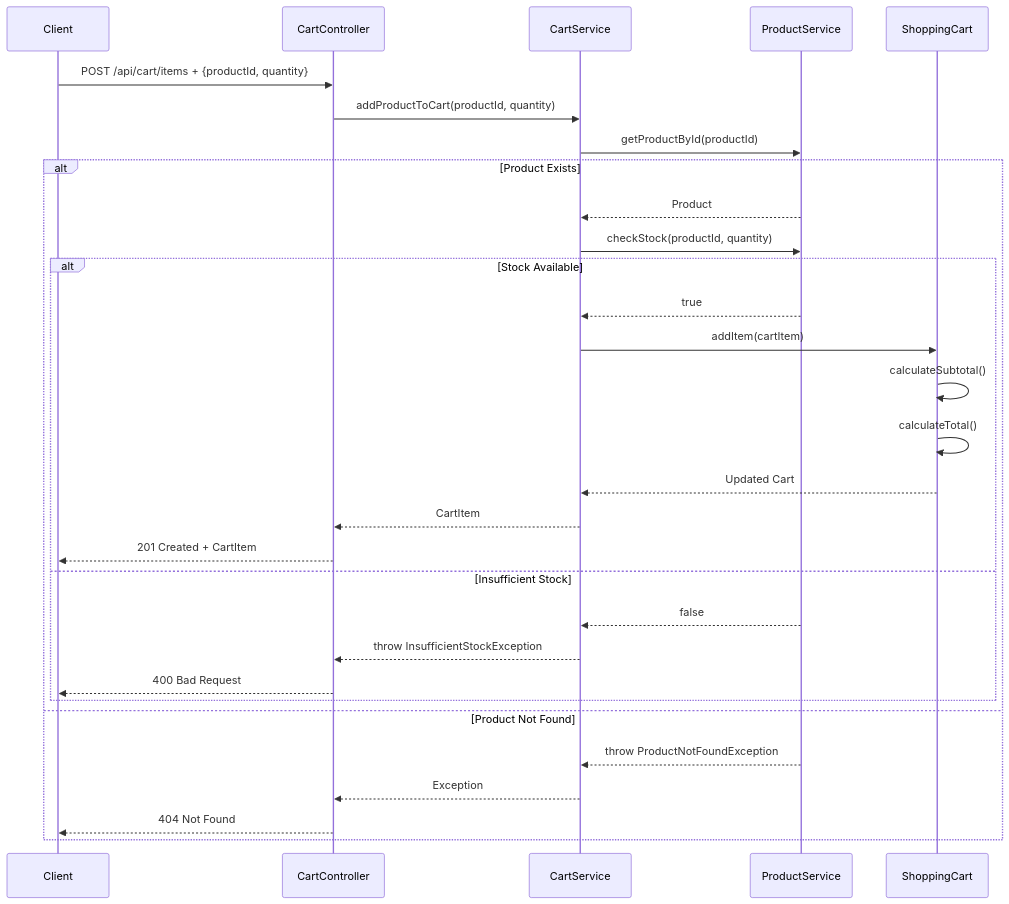
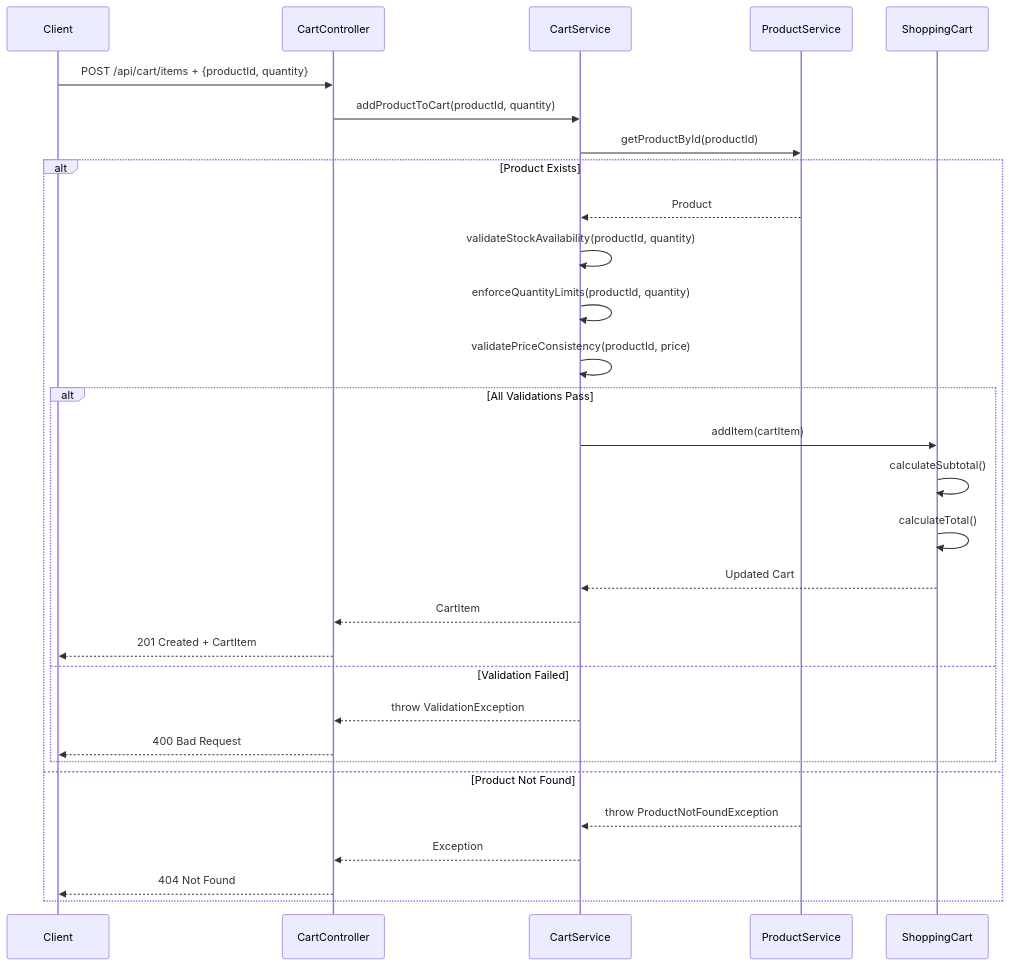
The tenth of 17 diagrams in docs/LLD/lld.md (NavneetBN47/aava-ecom-demo), drawn with Mermaid before and after one commit. The commit also changed other lines of this file, not shown here.

````diff
--- a/docs/LLD/lld.md
+++ b/docs/LLD/lld.md
@@ -452,35 +457,35 @@
 ```mermaid
 sequenceDiagram
     participant Client
     participant CartController
     participant CartService
     participant ProductService
     participant ShoppingCart
 
     Client->>CartController: POST /api/cart/items + {productId, quantity}
     CartController->>CartService: addProductToCart(productId, quantity)
     CartService->>ProductService: getProductById(productId)
     
     alt Product Exists
         ProductService-->>CartService: Product
-        CartService->>ProductService: checkStock(productId, quantity)
+        CartService->>CartService: validateStockAvailability(productId, quantity)
+        CartService->>CartService: enforceQuantityLimits(productId, quantity)
+        CartService->>CartService: validatePriceConsistency(productId, price)
         
-        alt Stock Available
-            ProductService-->>CartService: true
+        alt All Validations Pass
             CartService->>ShoppingCart: addItem(cartItem)
             ShoppingCart->>ShoppingCart: calculateSubtotal()
             ShoppingCart->>ShoppingCart: calculateTotal()
             ShoppingCart-->>CartService: Updated Cart
             CartService-->>CartController: CartItem
             CartController-->>Client: 201 Created + CartItem
-        else Insufficient Stock
-            ProductService-->>CartService: false
-            CartService-->>CartController: throw InsufficientStockException
+        else Validation Failed
+            CartService-->>CartController: throw ValidationException
             CartController-->>Client: 400 Bad Request
         end
     else Product Not Found
         ProductService-->>CartService: throw ProductNotFoundException
         CartService-->>CartController: Exception
         CartController-->>Client: 404 Not Found
     end
 ```
````
